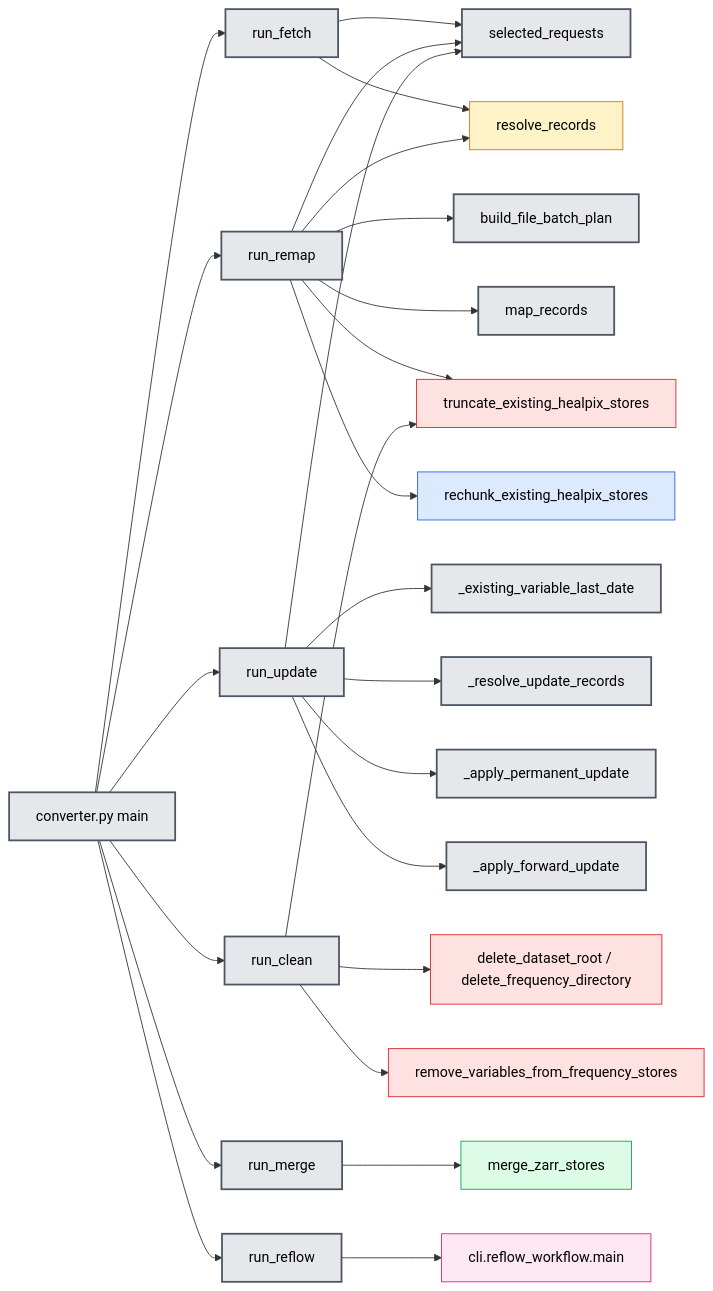
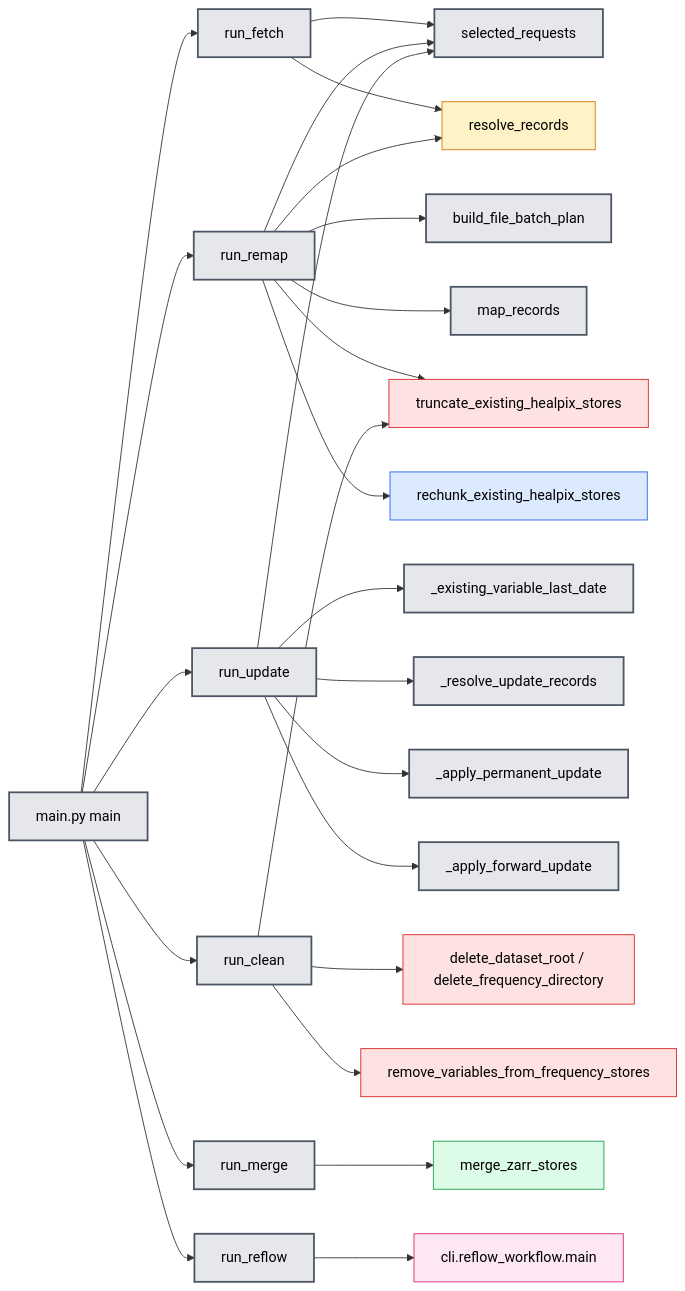
The first of 11 diagrams in scripts/era5land/FUNCTION_CALL_GRAPH.md (freva-org/grid-doctor), drawn with Mermaid before and after one commit. The commit also changed other lines of this file and 30 other files, not shown here.

````diff
--- a/scripts/era5land/FUNCTION_CALL_GRAPH.md
+++ b/scripts/era5land/FUNCTION_CALL_GRAPH.md
@@ -34,39 +34,39 @@
 ```mermaid
 flowchart LR
-    CLI[converter.py main]:::converter --> FETCH[run_fetch]:::converter
-    CLI --> REMAP[run_remap]:::converter
-    CLI --> UPDATE[run_update]:::converter
-    CLI --> CLEAN[run_clean]:::converter
-    CLI --> MERGE[run_merge]:::converter
-    CLI --> REFLOW[run_reflow]:::converter
+    CLI[main.py main]:::remapper --> FETCH[run_fetch]:::remapper
+    CLI --> REMAP[run_remap]:::remapper
+    CLI --> UPDATE[run_update]:::remapper
+    CLI --> CLEAN[run_clean]:::remapper
+    CLI --> MERGE[run_merge]:::remapper
+    CLI --> REFLOW[run_reflow]:::remapper
 
-    FETCH --> REQUESTS[selected_requests]:::converter
+    FETCH --> REQUESTS[selected_requests]:::remapper
     FETCH --> RESOLVE[resolve_records]:::file_fetcher
 
     REMAP --> REQUESTS
     REMAP --> RESOLVE
-    REMAP --> BATCH[build_file_batch_plan]:::converter
-    REMAP --> MAP[map_records]:::converter
+    REMAP --> BATCH[build_file_batch_plan]:::remapper
+    REMAP --> MAP[map_records]:::remapper
     REMAP --> TRUNCATE[truncate_existing_healpix_stores]:::cleanup
     REMAP --> RECHUNK[rechunk_existing_healpix_stores]:::mapper
 
     UPDATE --> REQUESTS
-    UPDATE --> LAST[_existing_variable_last_date]:::converter
-    UPDATE --> UPDATE_RECORDS[_resolve_update_records]:::converter
-    UPDATE --> PERMANENT[_apply_permanent_update]:::converter
-    UPDATE --> FORWARD[_apply_forward_update]:::converter
+    UPDATE --> LAST[_existing_variable_last_date]:::remapper
+    UPDATE --> UPDATE_RECORDS[_resolve_update_records]:::remapper
+    UPDATE --> PERMANENT[_apply_permanent_update]:::remapper
+    UPDATE --> FORWARD[_apply_forward_update]:::remapper
 
     CLEAN --> TRUNCATE
     CLEAN --> DELETE[delete_dataset_root / delete_frequency_directory]:::cleanup
     CLEAN --> REMOVE[remove_variables_from_frequency_stores]:::cleanup
 
     MERGE --> MERGE_STORES[merge_zarr_stores]:::zarr_publisher
     REFLOW --> WORKFLOW[cli.reflow_workflow.main]:::reflow_cli
 
-    classDef converter fill:#e5e7eb,stroke:#4b5563,color:#000000,stroke-width:2px
+    classDef remapper fill:#e5e7eb,stroke:#4b5563,color:#000000,stroke-width:2px
     classDef file_fetcher fill:#fef3c7,stroke:#d97706,color:#000000
     classDef cleanup fill:#fee2e2,stroke:#dc2626,color:#000000
     classDef mapper fill:#dbeafe,stroke:#2563eb,color:#000000
     classDef zarr_publisher fill:#dcfce7,stroke:#16a34a,color:#000000
     classDef reflow_cli fill:#fce7f3,stroke:#db2777,color:#000000
 ```
````
